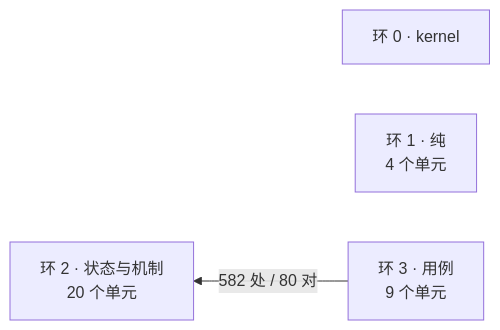
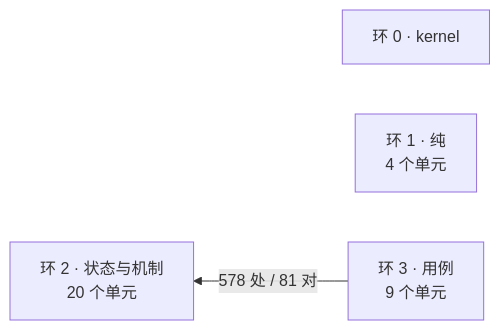
One commit to theRMM714/Solomni changed the diagram in docs/architecture/dependency-map.md. Above: the diagram before and after it, drawn with Mermaid. The commit also changed other lines of this file and 68 other files, not shown here.

````diff
--- a/docs/architecture/dependency-map.md
+++ b/docs/architecture/dependency-map.md
@@ -14,8 +14,8 @@
 ```mermaid
 flowchart RL
   R0["环 0 · kernel"]
   R1["环 1 · 纯<br/>4 个单元"]
   R2["环 2 · 状态与机制<br/>20 个单元"]
   R3["环 3 · 用例<br/>9 个单元"]
-  R3 -->|"582 处 / 80 对"| R2
+  R3 -->|"578 处 / 81 对"| R2
 ```
````
